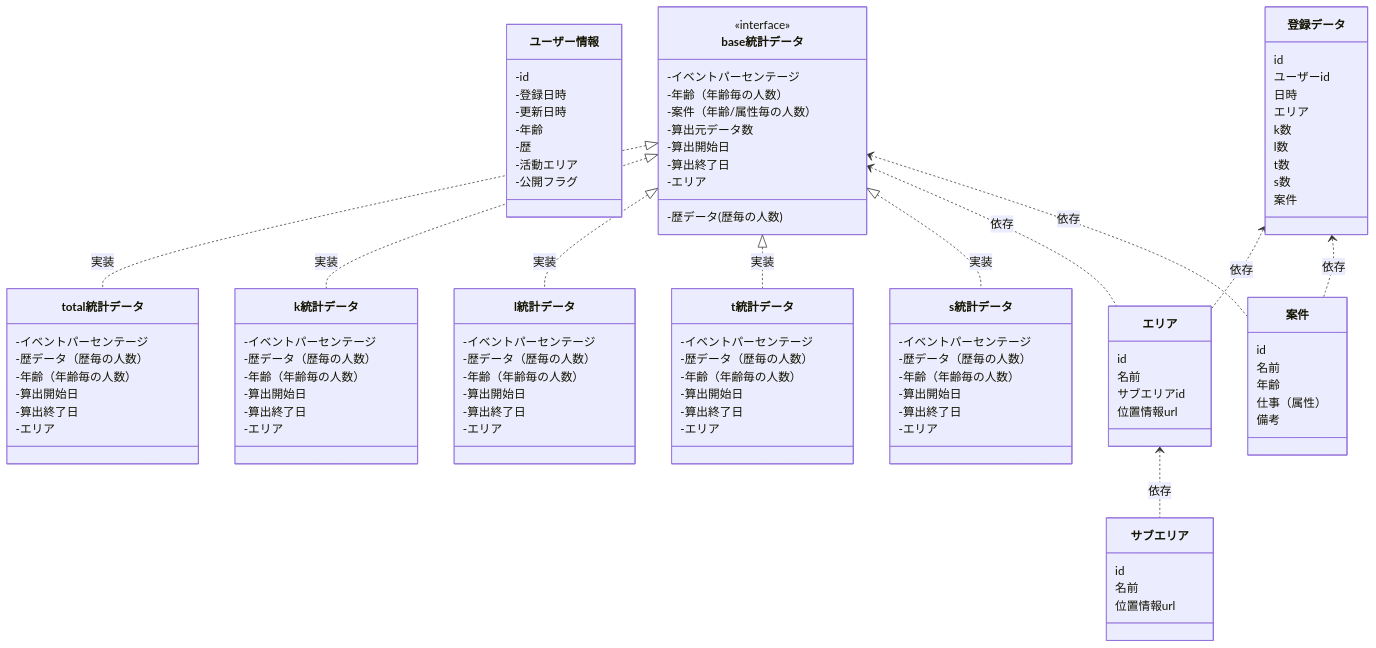
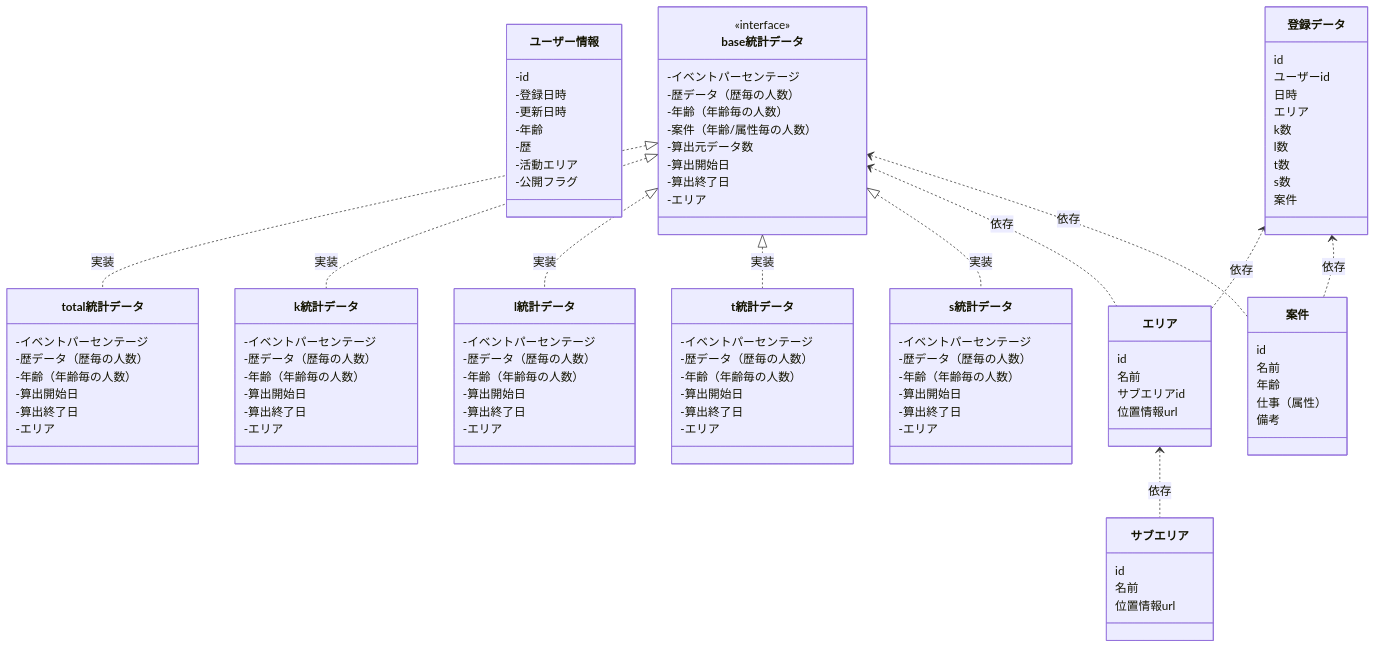
One commit to mountain-mouth/PickupAnalytics changed the diagram in doc/class.md. Above: the diagram before and after it, drawn with Mermaid.

Commit message:
dev/微修正

```diff
--- a/doc/class.md
+++ b/doc/class.md
@@ -14,7 +14,7 @@
     class base統計データ {
         <<interface>>
         -イベントパーセンテージ
-        -歴データ(歴毎の人数)
+        -歴データ（歴毎の人数）
         -年齢（年齢毎の人数）
         -案件（年齢/属性毎の人数）
         -算出元データ数
```
